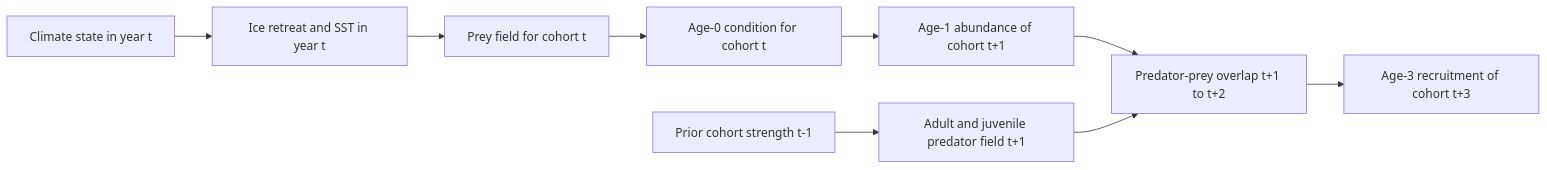
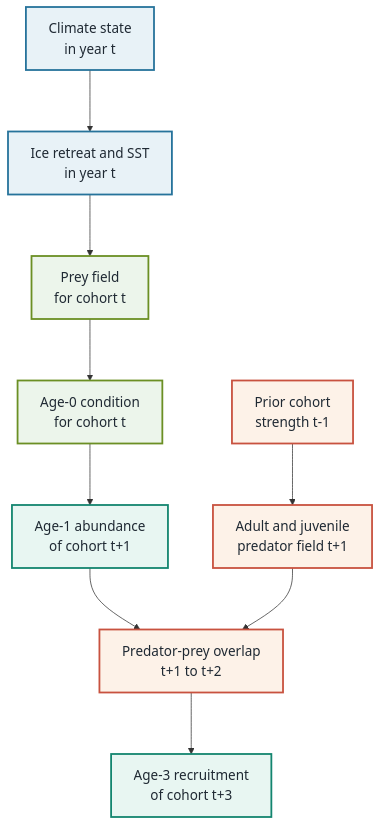
One commit to afsc-assessments/ebswp_esp changed the fourth of 4 diagrams in dags.qmd. Above: the diagram before and after it, drawn with Mermaid. The commit also changed other lines of this file and 6 other files, not shown here.

````diff
--- a/dags.qmd
+++ b/dags.qmd
@@ -93,11 +143,21 @@
 ```{mermaid}
-flowchart LR
-  CLIM["Climate state in year t"] --> ICE["Ice retreat and SST in year t"]
-  ICE --> PREY["Prey field for cohort t"]
-  PREY --> COND["Age-0 condition for cohort t"]
-  COND --> AGE1["Age-1 abundance of cohort t+1"]
-  PCOHORT["Prior cohort strength t-1"] --> PREDAD["Adult and juvenile predator field t+1"]
-  AGE1 --> OVER["Predator-prey overlap t+1 to t+2"]
+%%{init: {"flowchart": {"htmlLabels": true, "nodeSpacing": 60, "rankSpacing": 82, "curve": "basis"}, "themeVariables": {"fontSize": "18px", "fontFamily": "Arial, sans-serif"}} }%%
+flowchart TB
+  CLIM["Climate state<br/>in year t"] --> ICE["Ice retreat and SST<br/>in year t"]
+  ICE --> PREY["Prey field<br/>for cohort t"]
+  PREY --> COND["Age-0 condition<br/>for cohort t"]
+  COND --> AGE1["Age-1 abundance<br/>of cohort t+1"]
+  PCOHORT["Prior cohort<br/>strength t-1"] --> PREDAD["Adult and juvenile<br/>predator field t+1"]
+  AGE1 --> OVER["Predator-prey overlap<br/>t+1 to t+2"]
   PREDAD --> OVER
-  OVER --> AGE3["Age-3 recruitment of cohort t+3"]
+  OVER --> AGE3["Age-3 recruitment<br/>of cohort t+3"]
+
+  classDef climate fill:#e8f2f7,stroke:#26739b,stroke-width:2.4px,color:#1f2933;
+  classDef bottomup fill:#ecf5eb,stroke:#6b8f24,stroke-width:2.4px,color:#1f2933;
+  classDef topdown fill:#fdf2e8,stroke:#c8523f,stroke-width:2.4px,color:#1f2933;
+  classDef survival fill:#e8f6f2,stroke:#13856f,stroke-width:2.4px,color:#1f2933;
+  class CLIM,ICE climate;
+  class PREY,COND bottomup;
+  class PCOHORT,PREDAD,OVER topdown;
+  class AGE1,AGE3 survival;
 ```
````
